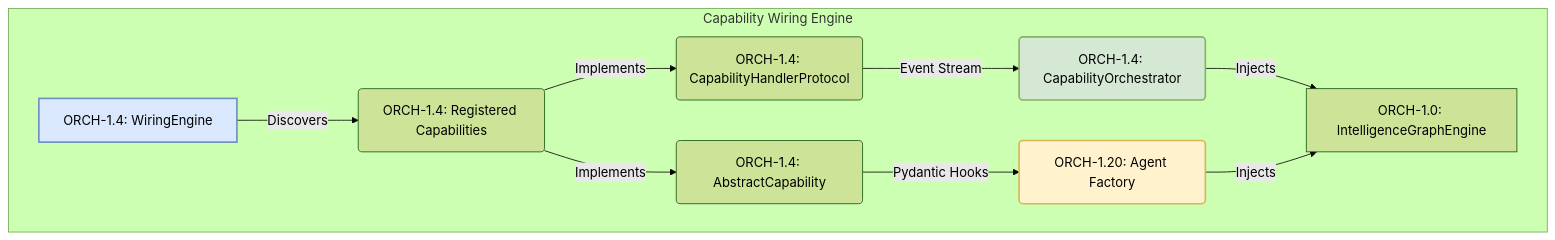
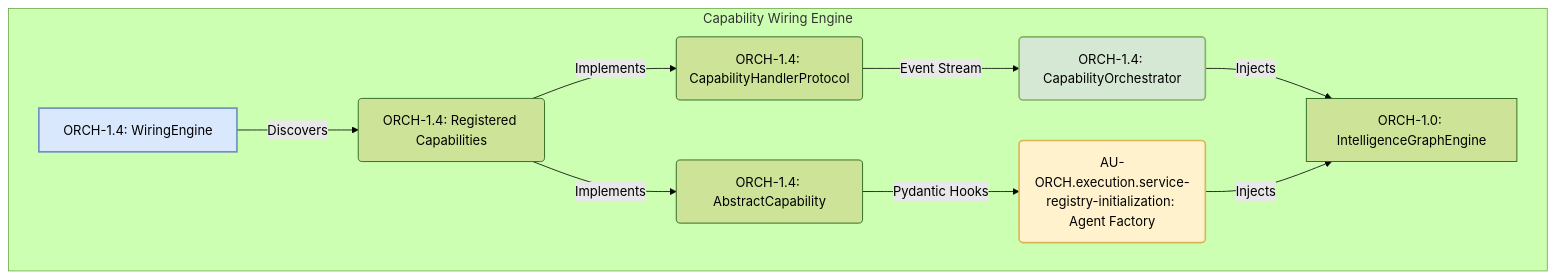
The diagram in docs/pillars/1_graph_orchestration/ORCH-1.4-Capability_Wiring_Engine.md (Knuckles-Team/agent-utilities), drawn with Mermaid (forest theme) before and after one commit. The commit also changed other lines of this file and 2324 other files, not shown here.

````diff
--- a/docs/pillars/1_graph_orchestration/ORCH-1.4-Capability_Wiring_Engine.md
+++ b/docs/pillars/1_graph_orchestration/ORCH-1.4-Capability_Wiring_Engine.md
@@ -97,18 +97,18 @@
 ```mermaid
 graph TD
     subgraph ORCH1.21 [Capability Wiring Engine]
         A[ORCH-1.4: WiringEngine] -->|Discovers| B(ORCH-1.4: Registered Capabilities)
         B -->|Implements| C(ORCH-1.4: CapabilityHandlerProtocol)
         B -->|Implements| D(ORCH-1.4: AbstractCapability)
 
         C -->|Event Stream| E(ORCH-1.4: CapabilityOrchestrator)
-        D -->|Pydantic Hooks| F(ORCH-1.20: Agent Factory)
+        D -->|Pydantic Hooks| F(AU-ORCH.execution.service-registry-initialization: Agent Factory)
 
         E -->|Injects| G[ORCH-1.0: IntelligenceGraphEngine]
         F -->|Injects| G
     end
 
     style A fill:#dae8fe,stroke:#6c8ebf,stroke-width:2px
     style E fill:#d5e8d4,stroke:#82b366,stroke-width:2px
     style F fill:#fff2cc,stroke:#d6b656,stroke-width:2px
 ```
````
